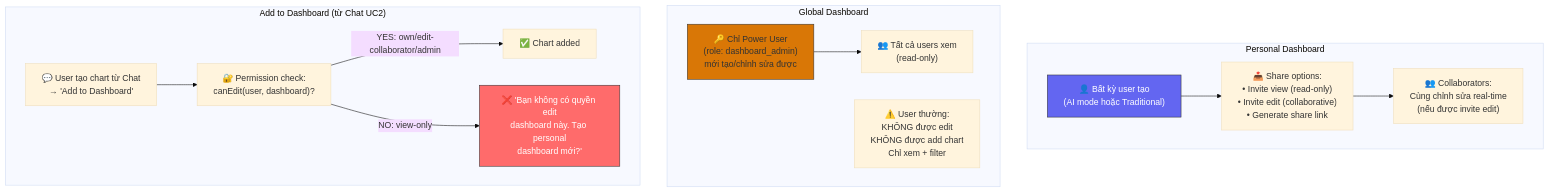
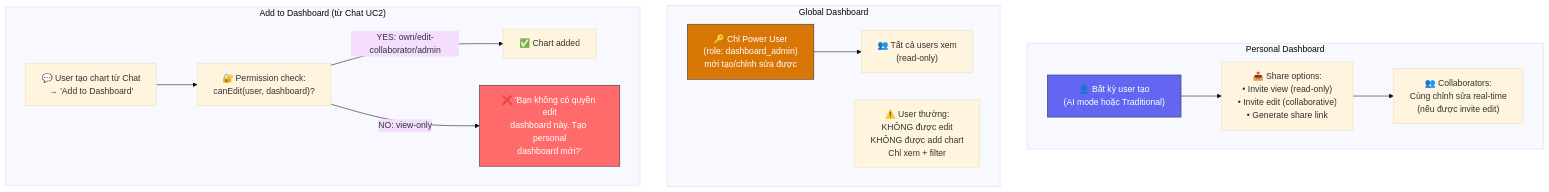
One commit to vanductai/research changed diagram 21 of 38 in bi/bi-research.md. Above: the diagram before and after it, drawn with Mermaid (base theme). The commit also changed other lines of this file and 2 other files, not shown here.

Commit message:
refactor: update mermaid diagrams in bi-research.md and remove obsolete backup files

````diff
--- a/bi/bi-research.md
+++ b/bi/bi-research.md
@@ -3449,30 +3449,30 @@
 ```mermaid
 graph TD
     subgraph "Personal Dashboard"
         P_CREATE["👤 Bất kỳ user tạo<br/>(AI mode hoặc Traditional)"]
         P_SHARE["📤 Share options:<br/>• Invite view (read-only)<br/>• Invite edit (collaborative)<br/>• Generate share link"]
         P_COLLAB["👥 Collaborators:<br/>Cùng chỉnh sửa real-time<br/>(nếu được invite edit)"]
     end
 
     subgraph "Global Dashboard"
         G_CREATE["🔑 Chỉ Power User<br/>(role: dashboard_admin)<br/>mới tạo/chỉnh sửa được"]
         G_VIEW["👥 Tất cả users xem<br/>(read-only)"]
         G_NOTE["⚠️ User thường:<br/>KHÔNG được edit<br/>KHÔNG được add chart<br/>Chỉ xem + filter"]
     end
 
     subgraph "Add to Dashboard (từ Chat UC2)"
         CHAT_ADD["💬 User tạo chart từ Chat<br/>→ 'Add to Dashboard'"]
         CHECK["🔐 Permission check:<br/>canEdit(user, dashboard)?"]
         CHECK --> |"YES: own/edit-collaborator/admin"| ADD_OK["✅ Chart added"]
         CHECK --> |"NO: view-only"| ADD_DENY["❌ 'Bạn không có quyền edit<br/>dashboard này. Tạo personal<br/>dashboard mới?'"]
     end
 
     P_CREATE --> P_SHARE
     P_SHARE --> P_COLLAB
     G_CREATE --> G_VIEW
     CHAT_ADD --> CHECK
 
     style P_CREATE fill:#6366F1,stroke:#333,color:#fff
-    style G_CREATE fill:#D97706,stroke:#333
+    style G_CREATE fill:#D97706,stroke:#333,color:#fff
     style ADD_DENY fill:#ff6b6b,stroke:#333,color:#fff
 ```
````
